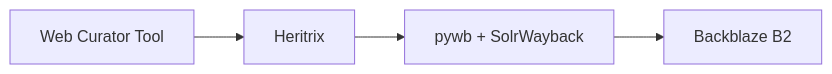
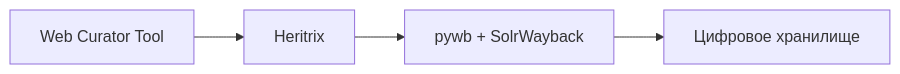
One commit to ruarxive/ruarxive.github.io changed the fourth of 7 diagrams in kb/instruments/landscape-2026.md. Above: the diagram before and after it, drawn with Mermaid. The commit also changed other lines of this file and 200 other files, not shown here.

````diff
--- a/kb/instruments/landscape-2026.md
+++ b/kb/instruments/landscape-2026.md
@@ -270,4 +280,4 @@
 ```mermaid
 flowchart LR
-    A["Web Curator Tool"] --> B["Heritrix"] --> C["pywb + SolrWayback"] --> D["Backblaze B2"]
+    A["Web Curator Tool"] --> B["Heritrix"] --> C["pywb + SolrWayback"] --> D["Цифровое хранилище"]
 ```
````
